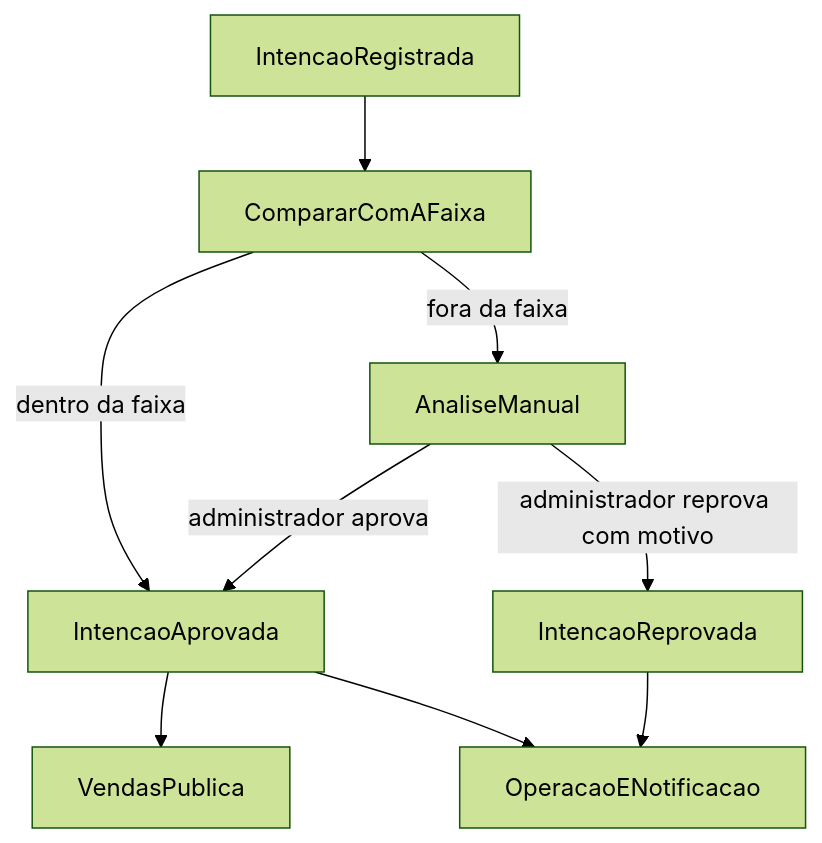
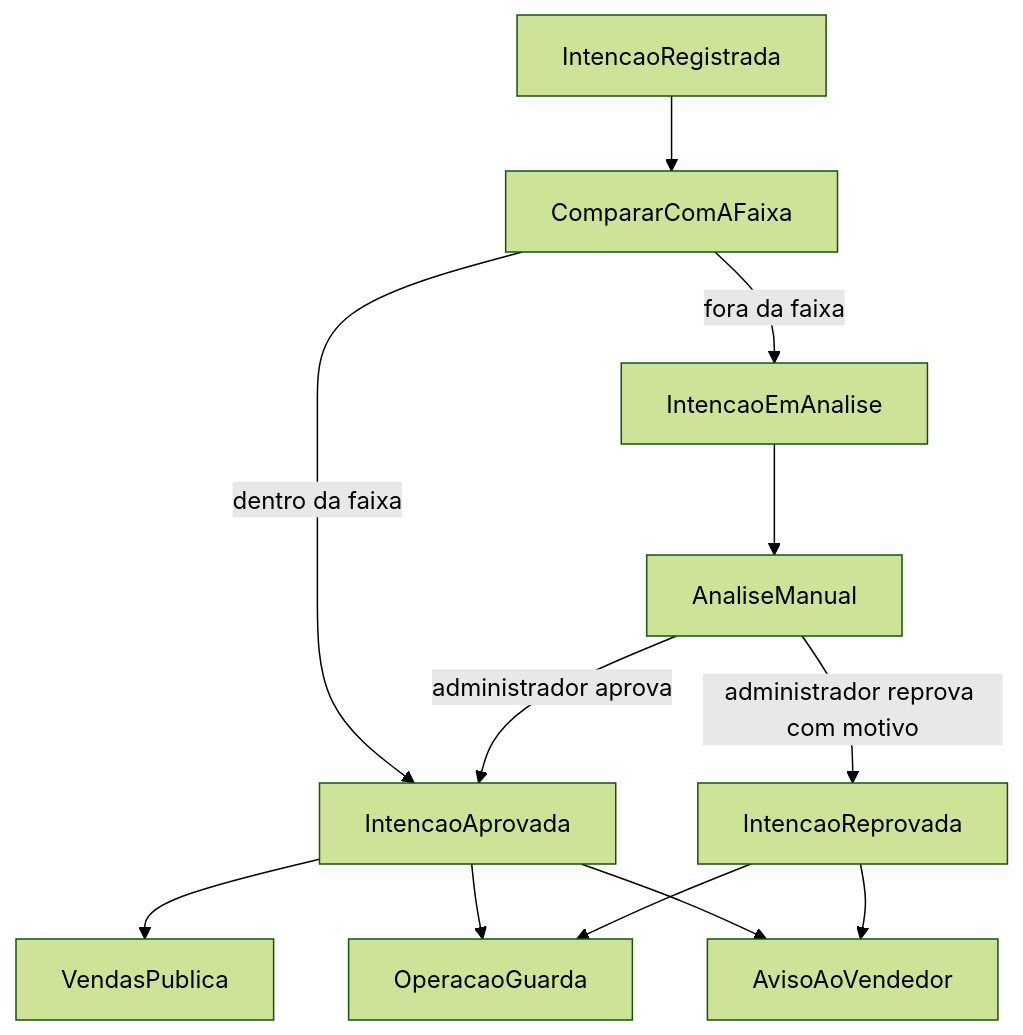
Before and after one commit to GuilhermeH/picareta-car-2.0: the diagram in docs/arquitetura/fluxo-e-integracao.md, drawn with Mermaid (forest theme). The commit also changed other lines of this file and 4 other files, not shown here.

````diff
--- a/docs/arquitetura/fluxo-e-integracao.md
+++ b/docs/arquitetura/fluxo-e-integracao.md
@@ -30,11 +36,14 @@
 ```mermaid
 flowchart TD
   cadastro[IntencaoRegistrada] --> comparar[CompararComAFaixa]
   comparar -->|dentro da faixa| aprovada[IntencaoAprovada]
-  comparar -->|fora da faixa| manual[AnaliseManual]
+  comparar -->|fora da faixa| emAnalise[IntencaoEmAnalise]
+  emAnalise --> manual[AnaliseManual]
   manual -->|administrador aprova| aprovada
   manual -->|administrador reprova com motivo| reprovada[IntencaoReprovada]
   aprovada --> vitrine[VendasPublica]
-  aprovada --> vendedor[OperacaoENotificacao]
-  reprovada --> vendedor
+  aprovada --> operacao[OperacaoGuarda]
+  aprovada --> aviso[AvisoAoVendedor]
+  reprovada --> operacao
+  reprovada --> aviso
 ```
````
